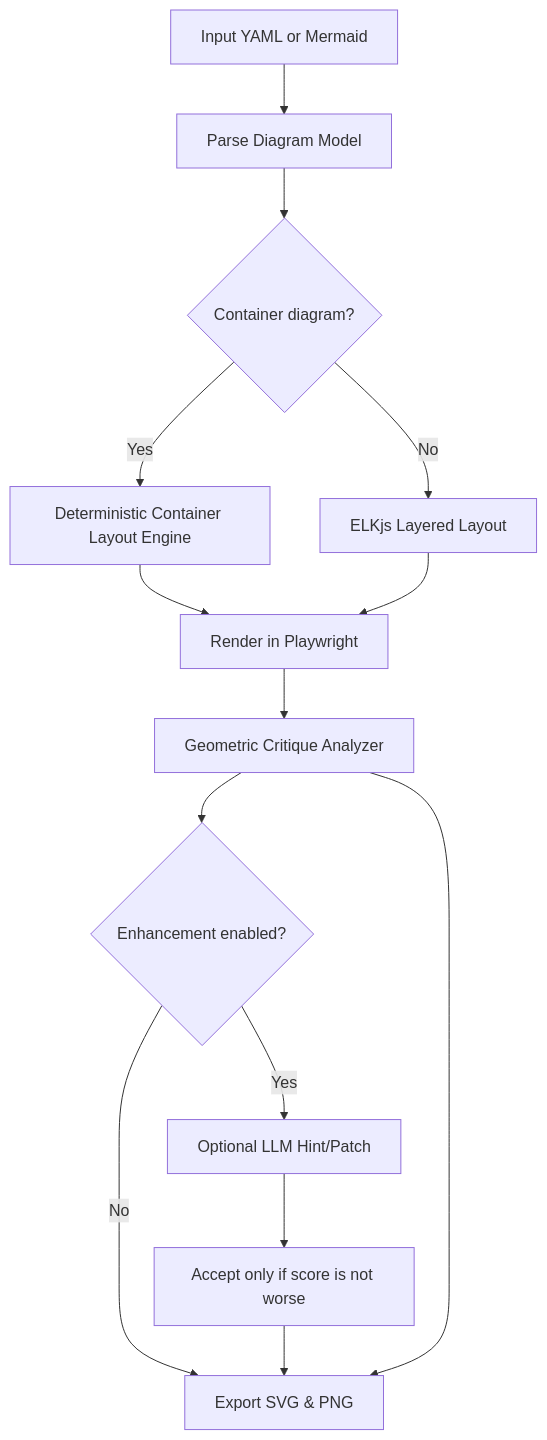
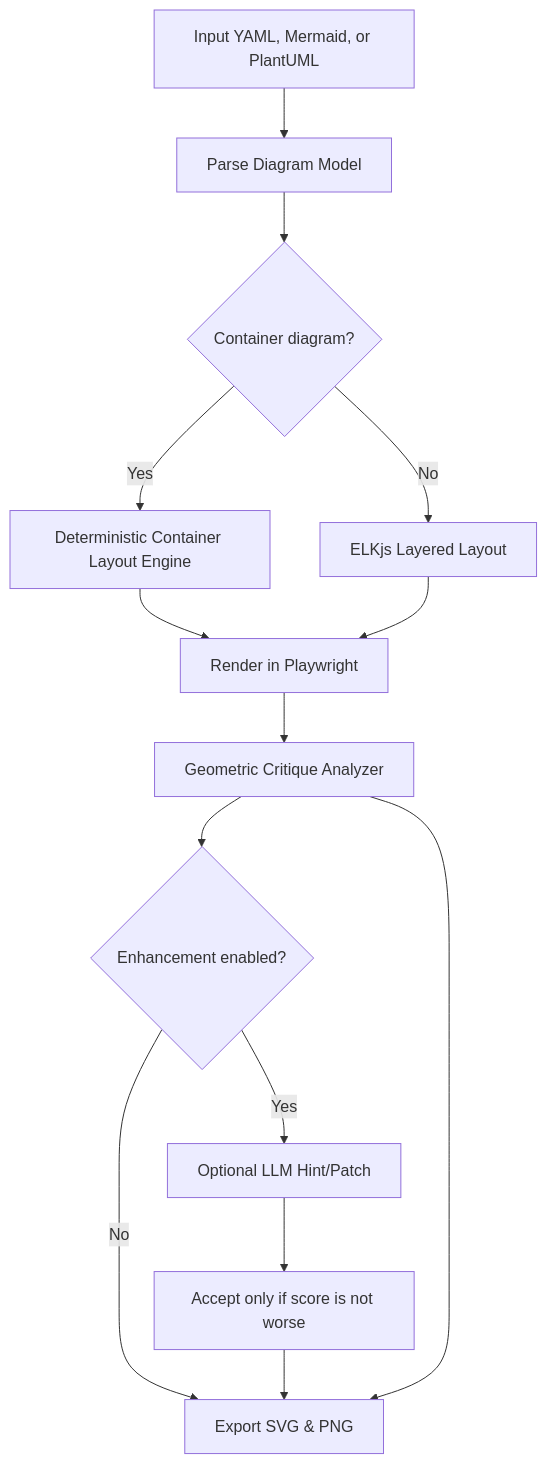
Before and after one commit to cookie-bytes/nudge: the diagram in README.md, drawn with Mermaid. The commit also changed other lines of this file and 27 other files, not shown here.

Commit message:
feat: Add C4-PlantUML import support to CLI, MCP, and tests

````diff
--- a/README.md
+++ b/README.md
@@ -31,16 +31,16 @@
 ```mermaid
 graph TD
-    A[Input YAML or Mermaid] --> B[Parse Diagram Model]
+    A[Input YAML, Mermaid, or PlantUML] --> B[Parse Diagram Model]
     B --> C{Container diagram?}
     C -->|Yes| D[Deterministic Container Layout Engine]
     C -->|No| E[ELKjs Layered Layout]
     D --> F[Render in Playwright]
     E --> F
     F --> G[Geometric Critique Analyzer]
     G --> H{Enhancement enabled?}
     H -->|Yes| I[Optional LLM Hint/Patch]
     I --> J[Accept only if score is not worse]
     H -->|No| K[Export SVG & PNG]
     J --> K
     G --> K
 ```
````
